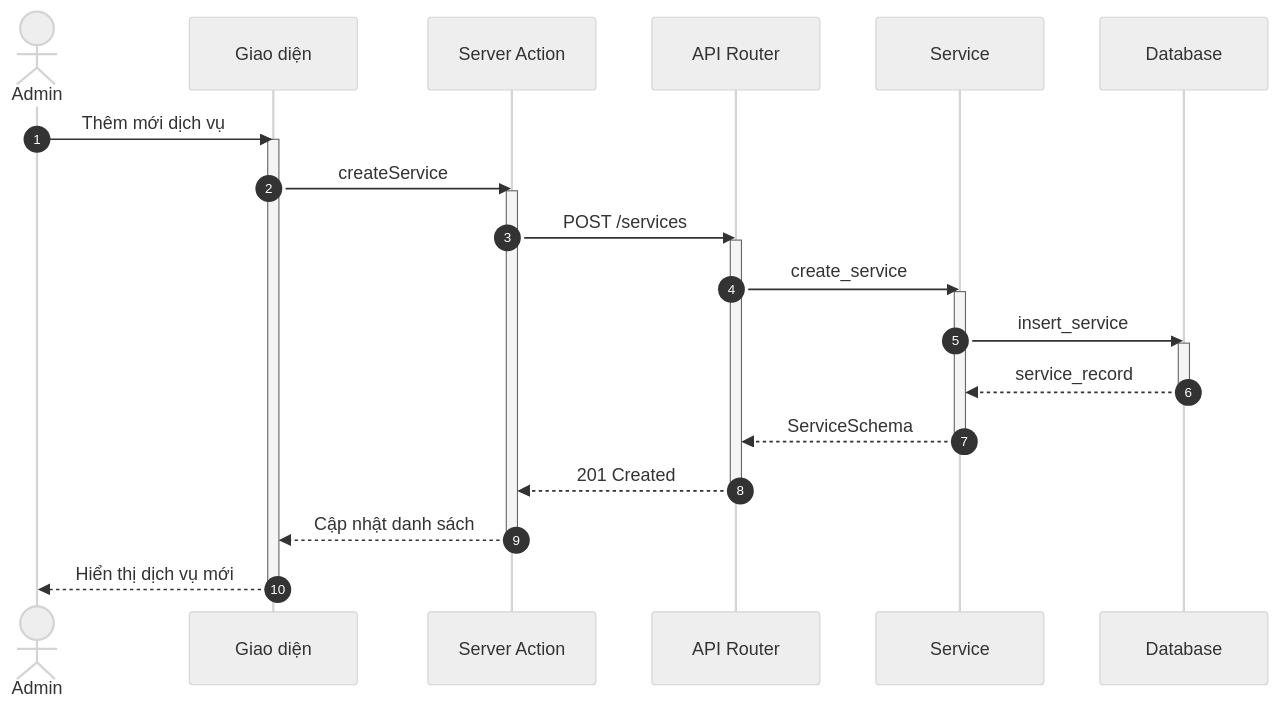
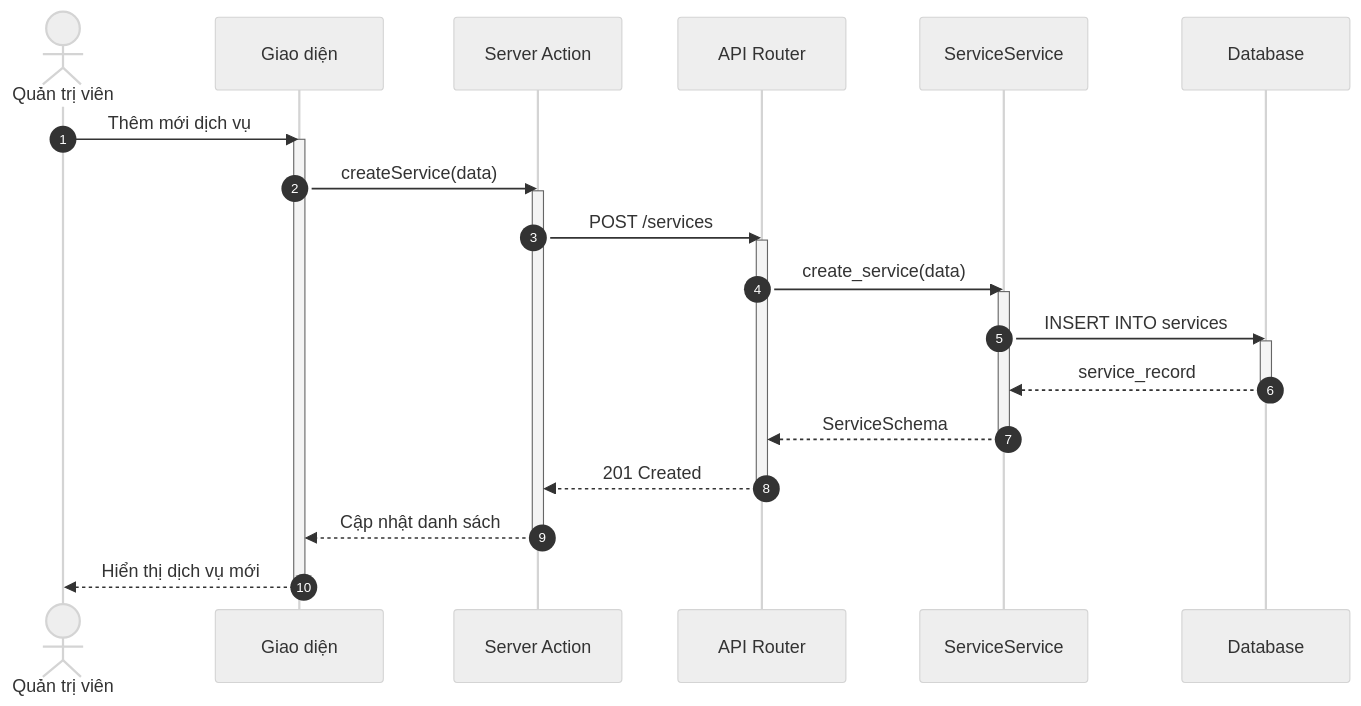
The first of 5 diagrams in docs/design/sequences/admin_flows.md (ngoctinn/Synapse), drawn with Mermaid (neutral theme) before and after one commit. The commit also changed other lines of this file and 11 other files, not shown here.

Commit message:
docs: Add initial design documentation, including architecture, UI, use cases, and detailed sequence diagrams for various user flows.

````diff
--- a/docs/design/sequences/admin_flows.md
+++ b/docs/design/sequences/admin_flows.md
@@ -28,38 +28,38 @@
 ```mermaid
 sequenceDiagram
     autonumber
-    actor AD as Admin
+    actor QTV as Quản trị viên
     participant UI as Giao diện
     participant BFF as Server Action
     participant API as API Router
-    participant S as Service
+    participant S as ServiceService
     participant DB as Database
 
-    AD->>UI: Thêm mới dịch vụ
+    QTV->>UI: Thêm mới dịch vụ
     activate UI
-    UI->>BFF: createService
+    UI->>BFF: createService(data)
     activate BFF
 
     BFF->>API: POST /services
     activate API
 
-    API->>S: create_service
+    API->>S: create_service(data)
     activate S
 
-    S->>DB: insert_service
+    S->>DB: INSERT INTO services
     activate DB
     DB-->>S: service_record
     deactivate DB
 
     S-->>API: ServiceSchema
     deactivate S
 
     API-->>BFF: 201 Created
     deactivate API
 
     BFF-->>UI: Cập nhật danh sách
     deactivate BFF
 
-    UI-->>AD: Hiển thị dịch vụ mới
+    UI-->>QTV: Hiển thị dịch vụ mới
     deactivate UI
 ```
````
